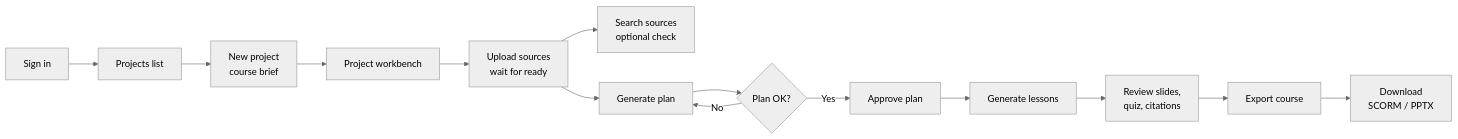
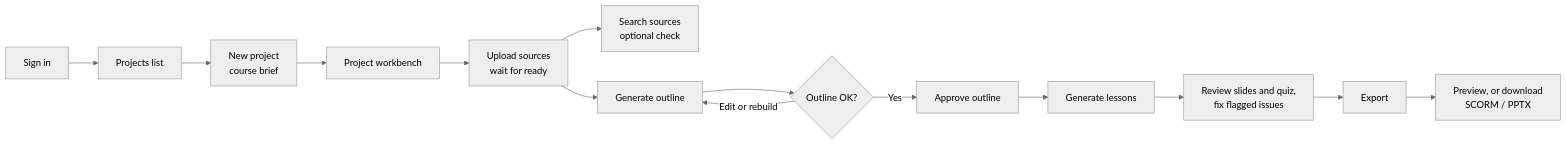
One commit to deyanyanyan/EYxNTU changed the diagram in docs/USER_FLOW.md. Above: the diagram before and after it, drawn with Mermaid (neutral theme). The commit also changed other lines of this file and 60 other files, not shown here.

````diff
--- a/docs/USER_FLOW.md
+++ b/docs/USER_FLOW.md
@@ -39,16 +39,16 @@
 ```mermaid
 flowchart LR
   A[Sign in] --> B[Projects list]
   B --> C[New project<br/>course brief]
   C --> D[Project workbench]
   D --> E[Upload sources<br/>wait for ready]
   E --> F[Search sources<br/>optional check]
-  E --> G[Generate plan]
-  G --> H{Plan OK?}
-  H -- No --> G
-  H -- Yes --> I[Approve plan]
+  E --> G[Generate outline]
+  G --> H{Outline OK?}
+  H -- Edit or rebuild --> G
+  H -- Yes --> I[Approve outline]
   I --> J[Generate lessons]
-  J --> K[Review slides,<br/>quiz, citations]
-  K --> L[Export course]
-  L --> M[Download<br/>SCORM / PPTX]
+  J --> K[Review slides and quiz,<br/>fix flagged issues]
+  K --> L[Export]
+  L --> M[Preview, or download<br/>SCORM / PPTX]
 ```
````
